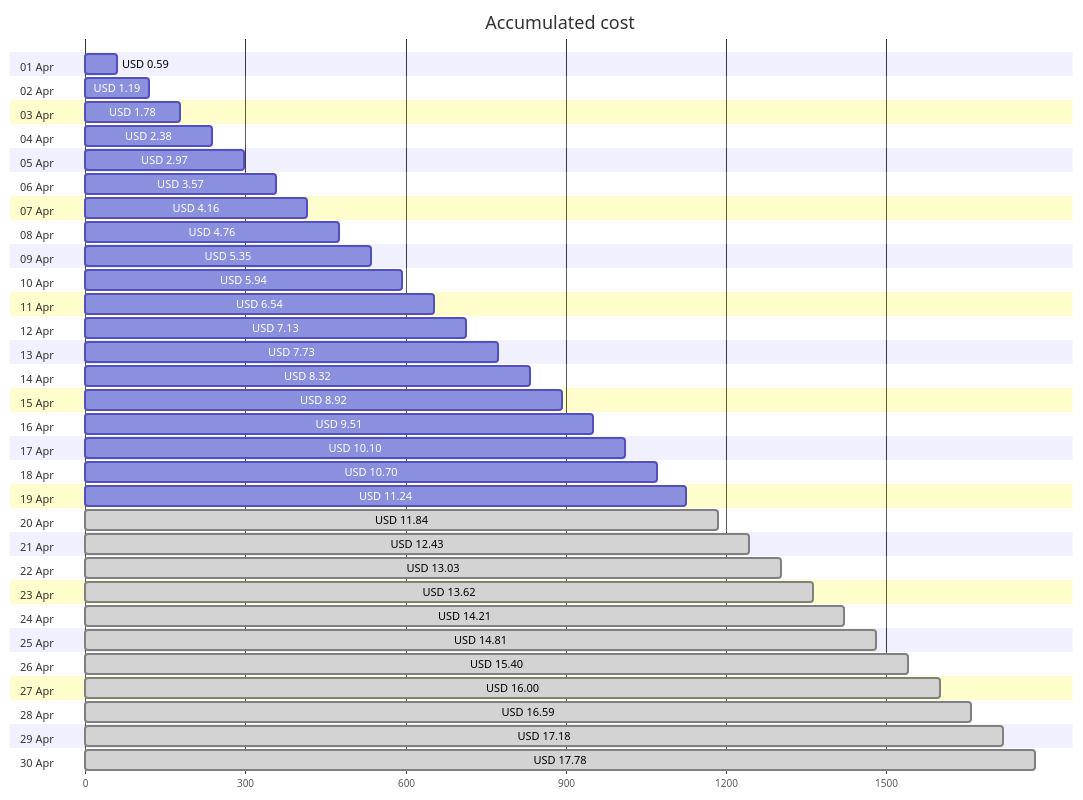
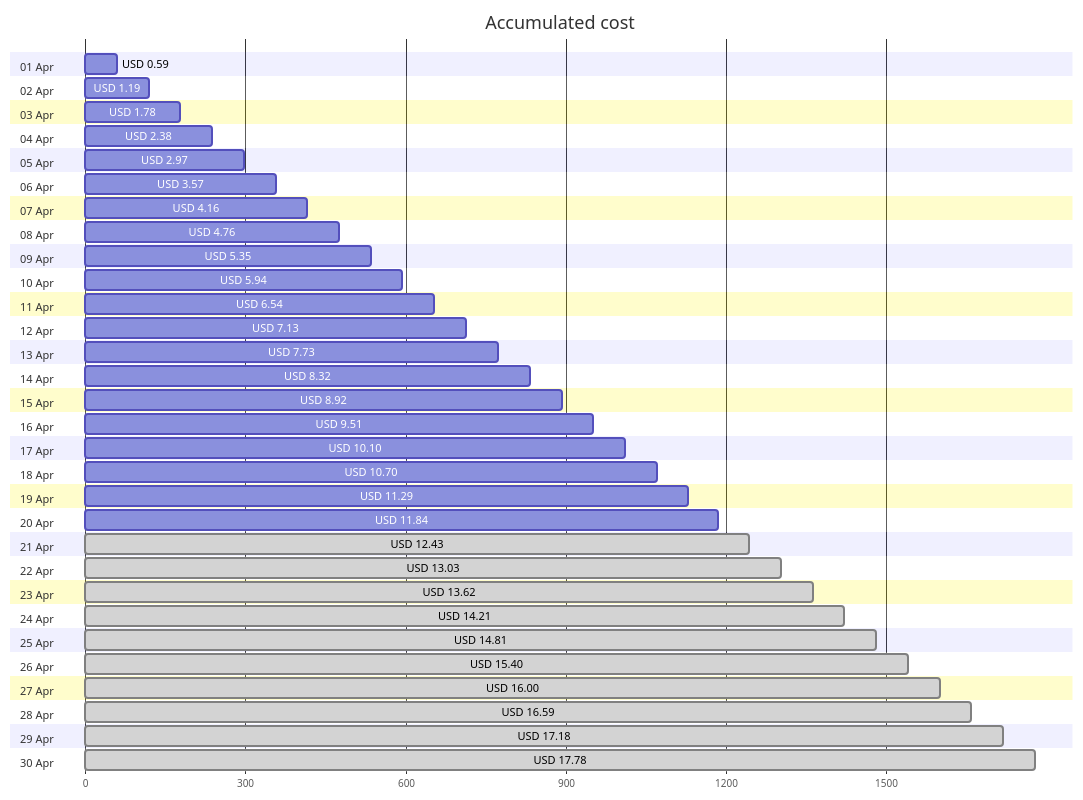
The first of 4 diagrams in cost-reports/personal-site/README.md (jpfulton/azure-personal-reports), drawn with Mermaid before and after one commit. The commit also changed other lines of this file and 6 other files, not shown here.

````diff
--- a/cost-reports/personal-site/README.md
+++ b/cost-reports/personal-site/README.md
@@ -20,66 +20,66 @@
 ```mermaid
 gantt
    title Accumulated cost
    dateFormat  X
    axisFormat %s
    section 01 Apr
    USD 0.59 :0, 59
    section 02 Apr
    USD 1.19 :0, 119
    section 03 Apr
    USD 1.78 :0, 178
    section 04 Apr
    USD 2.38 :0, 238
    section 05 Apr
    USD 2.97 :0, 297
    section 06 Apr
    USD 3.57 :0, 357
    section 07 Apr
    USD 4.16 :0, 416
    section 08 Apr
    USD 4.76 :0, 476
    section 09 Apr
    USD 5.35 :0, 535
    section 10 Apr
    USD 5.94 :0, 594
    section 11 Apr
    USD 6.54 :0, 654
    section 12 Apr
    USD 7.13 :0, 713
    section 13 Apr
    USD 7.73 :0, 773
    section 14 Apr
    USD 8.32 :0, 832
    section 15 Apr
    USD 8.92 :0, 892
    section 16 Apr
    USD 9.51 :0, 951
    section 17 Apr
    USD 10.10 :0, 1010
    section 18 Apr
    USD 10.70 :0, 1070
    section 19 Apr
-   USD 11.24 :0, 1124
+   USD 11.29 :0, 1129
    section 20 Apr
-   USD 11.84 : done, 0, 1184
+   USD 11.84 :0, 1184
    section 21 Apr
    USD 12.43 : done, 0, 1243
    section 22 Apr
    USD 13.03 : done, 0, 1303
    section 23 Apr
    USD 13.62 : done, 0, 1362
    section 24 Apr
    USD 14.21 : done, 0, 1421
    section 25 Apr
    USD 14.81 : done, 0, 1481
    section 26 Apr
    USD 15.40 : done, 0, 1540
    section 27 Apr
    USD 16.00 : done, 0, 1600
    section 28 Apr
    USD 16.59 : done, 0, 1659
    section 29 Apr
    USD 17.18 : done, 0, 1718
    section 30 Apr
    USD 17.78 : done, 0, 1778
 ```
````
